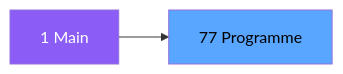
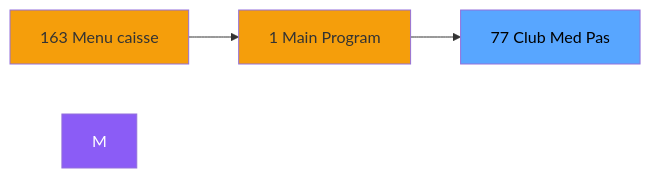
One commit to thonyAGP/magic-migration changed the second of 3 diagrams in .openspec/specs/ADH-IDE-77.md. Above: the diagram before and after it, drawn with Mermaid. The commit also changed other lines of this file and 323 other files, not shown here.

````diff
--- a/.openspec/specs/ADH-IDE-77.md
+++ b/.openspec/specs/ADH-IDE-77.md
@@ -108,8 +134,12 @@
 ```mermaid
 graph LR
-    M[1 Main]
-    T[77 Programme]
-    M --> T
+    N163[163 Menu caisse ]
+    N1[1 Main Program]
+    T[77 Club Med Pas]
+    N163 --> N1
+    N1 --> T
     style M fill:#8b5cf6,color:#fff
+    style N163 fill:#f59e0b
+    style N1 fill:#f59e0b
     style T fill:#58a6ff,color:#000
 ```
````
